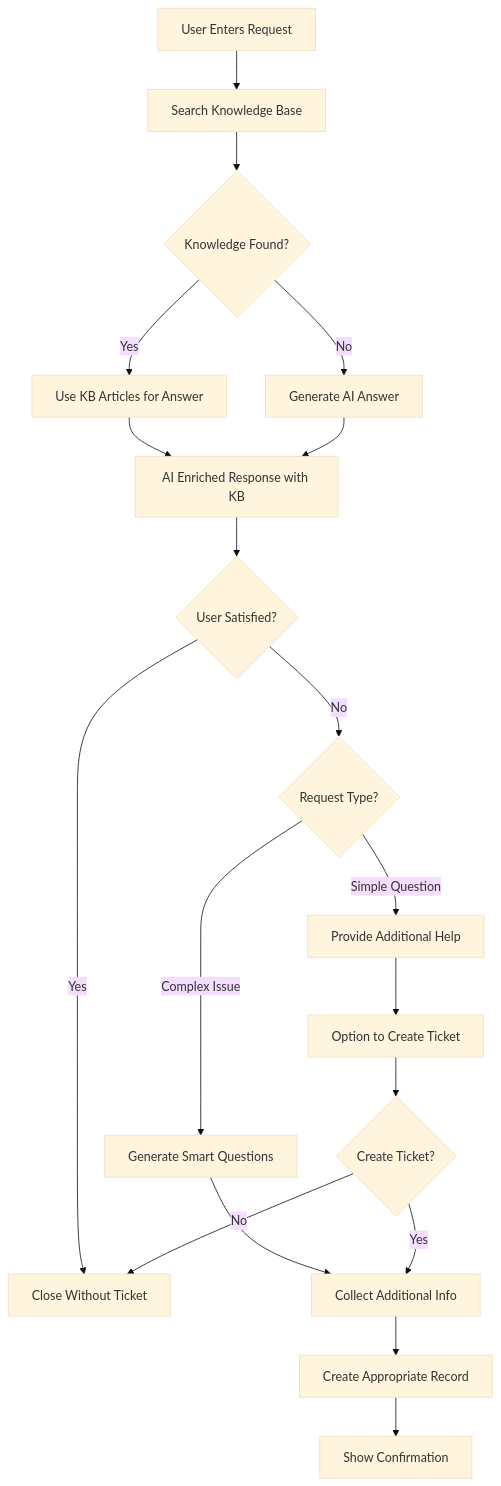
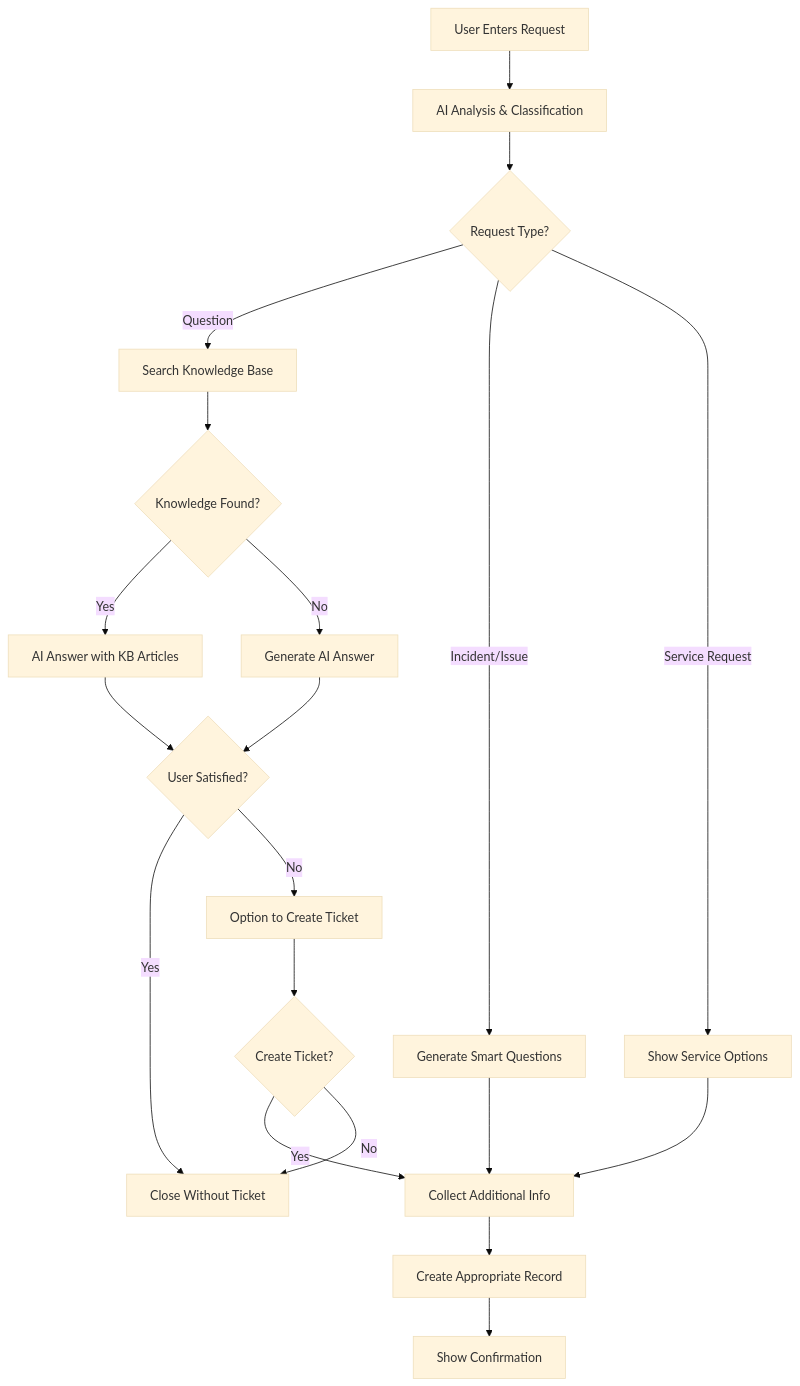
One commit to groeimetai/servicenow-ai-universal-request-widget changed the diagram in README.md. Above: the diagram before and after it, drawn with Mermaid (base theme).

Commit message:
Fixed Request Flow diagram - AI classification happens first
Corrected flow:
1. AI first analyzes and classifies the request type
2. Only for Questions: searches Knowledge Base
3. For Incidents/Issues: generates smart questions
4. For Service Requests: shows service options
5. KB search only happens when appropriate (questions)

This reflects the actual widget behavior where AI determines request type before taking action

````diff
--- a/README.md
+++ b/README.md
@@ -104,21 +104,22 @@
 ```mermaid
 graph TD
-    A[User Enters Request] --> B[Search Knowledge Base]
-    B --> C{Knowledge Found?}
-    C -->|Yes| D[Use KB Articles for Answer]
-    C -->|No| E[Generate AI Answer]
-    D --> F[AI Enriched Response with KB]
-    E --> F
-    F --> G{User Satisfied?}
-    G -->|Yes| H[Close Without Ticket]
-    G -->|No| I{Request Type?}
-    I -->|Simple Question| J[Provide Additional Help]
-    I -->|Complex Issue| K[Generate Smart Questions]
-    J --> L[Option to Create Ticket]
-    K --> M[Collect Additional Info]
+    A[User Enters Request] --> B[AI Analysis & Classification]
+    B --> C{Request Type?}
+    C -->|Question| D[Search Knowledge Base]
+    C -->|Incident/Issue| E[Generate Smart Questions]
+    C -->|Service Request| F[Show Service Options]
+    D --> G{Knowledge Found?}
+    G -->|Yes| H[AI Answer with KB Articles]
+    G -->|No| I[Generate AI Answer]
+    H --> J{User Satisfied?}
+    I --> J
+    J -->|Yes| K[Close Without Ticket]
+    J -->|No| L[Option to Create Ticket]
+    E --> M[Collect Additional Info]
+    F --> M
     M --> N[Create Appropriate Record]
     N --> O[Show Confirmation]
     L --> P{Create Ticket?}
     P -->|Yes| M
-    P -->|No| H
+    P -->|No| K
 ```
````
